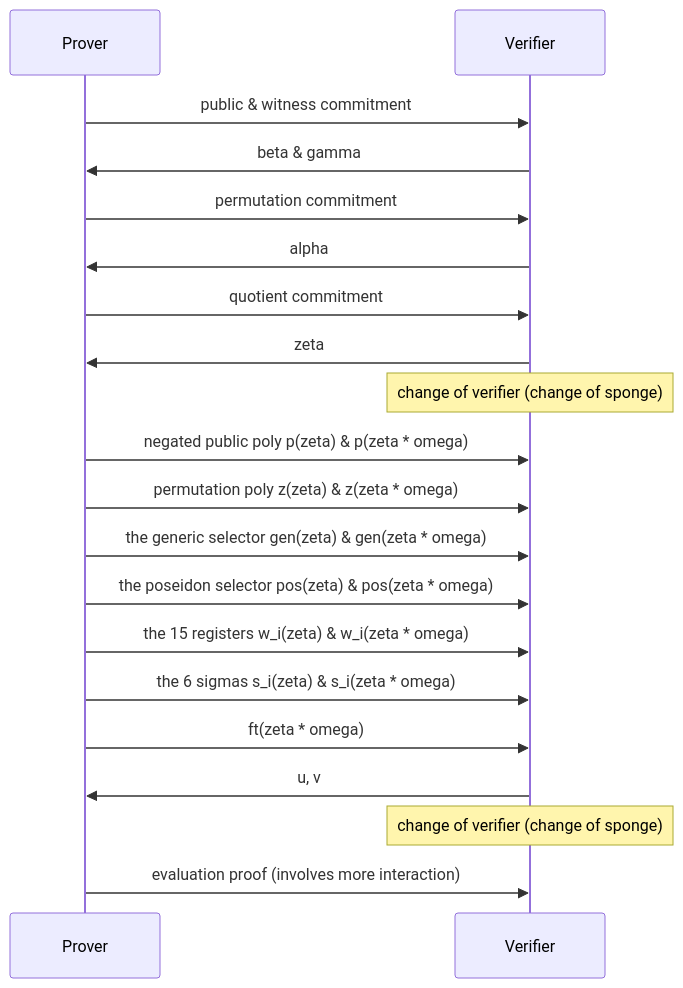
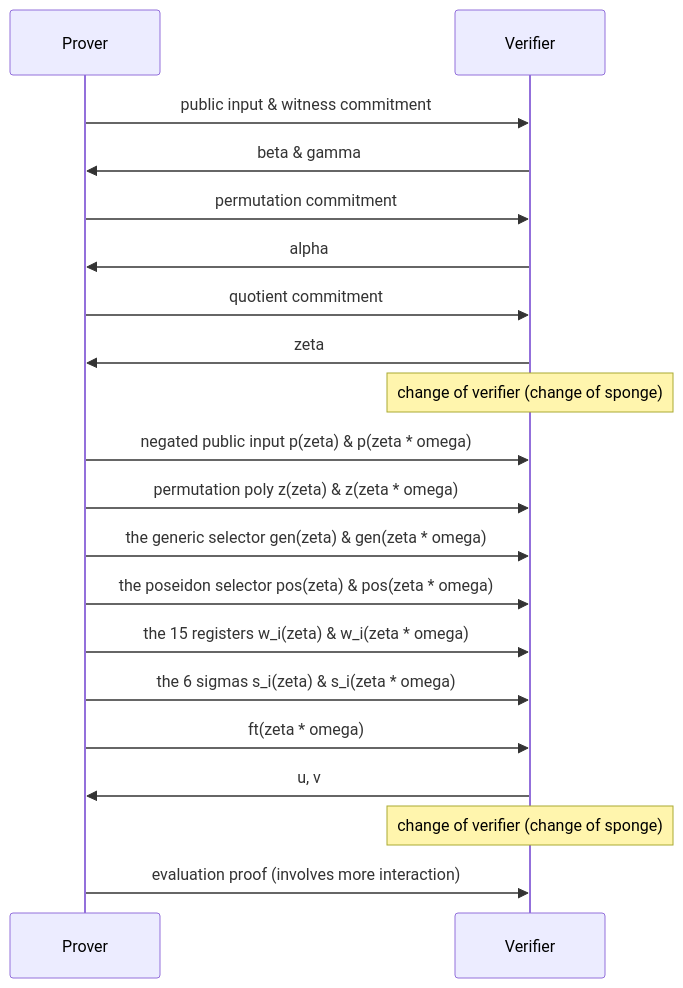
The diagram in book/specifications/kimchi/template.md (o1-labs/proof-systems), drawn with Mermaid before and after one commit. The commit also changed other lines of this file and 2 other files, not shown here.

````diff
--- a/book/specifications/kimchi/template.md
+++ b/book/specifications/kimchi/template.md
@@ -184,22 +184,22 @@
 ```mermaid
 sequenceDiagram
     participant Prover
     participant Verifier
-    Prover->>Verifier: public & witness commitment
+    Prover->>Verifier: public input & witness commitment
     Verifier->>Prover: beta & gamma
     Prover->>Verifier: permutation commitment
     Verifier->>Prover: alpha
     Prover->>Verifier: quotient commitment
     Verifier->>Prover: zeta
     Note over Verifier: change of verifier (change of sponge)
-    Prover->>Verifier: negated public poly p(zeta) & p(zeta * omega)
+    Prover->>Verifier: negated public input p(zeta) & p(zeta * omega)
     Prover->>Verifier: permutation poly z(zeta) & z(zeta * omega)
     Prover->>Verifier: the generic selector gen(zeta) & gen(zeta * omega)
     Prover->>Verifier: the poseidon selector pos(zeta) & pos(zeta * omega)
     Prover->>Verifier: the 15 registers w_i(zeta) & w_i(zeta * omega)
     Prover->>Verifier: the 6 sigmas s_i(zeta) & s_i(zeta * omega)
     Prover->>Verifier: ft(zeta * omega)
     Verifier->>Prover: u, v
     Note over Verifier: change of verifier (change of sponge)
     Prover->>Verifier: evaluation proof (involves more interaction)
 ```
````
